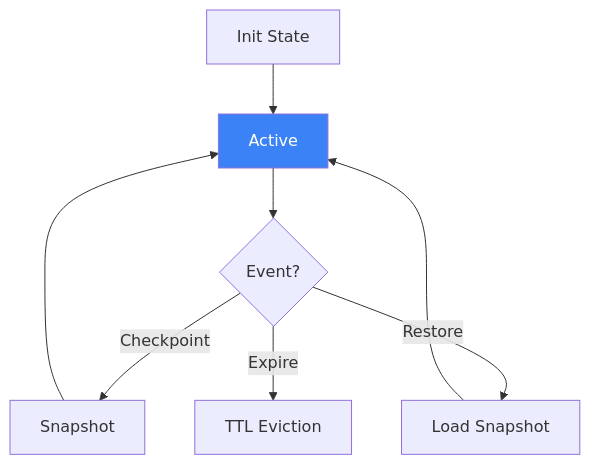
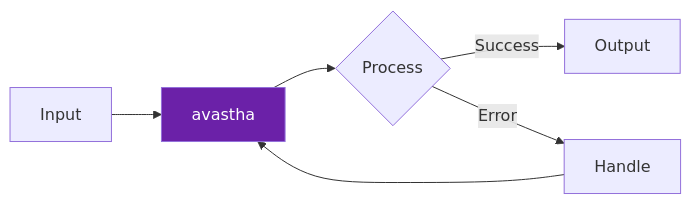
One commit to darshjme/agent-state changed the diagram in README.md. Above: the diagram before and after it, drawn with Mermaid. The commit also changed other lines of this file and 1 other file, not shown here.

First line of the commit message:
feat(vedic-v3): rename to avastha (अवस्था)

````diff
--- a/README.md
+++ b/README.md
@@ -48,11 +39,9 @@
 ```mermaid
-flowchart TD
-    A[Init State] --> B[Active]
-    B --> C{Event?}
-    C -- Checkpoint --> D[Snapshot]
-    C -- Restore --> E[Load Snapshot]
-    C -- Expire --> F[TTL Eviction]
-    D --> B
+flowchart LR
+    A[Input] --> B[avastha]
+    B --> C{Process}
+    C -- Success --> D[Output]
+    C -- Error --> E[Handle]
     E --> B
-    style B fill:#3b82f6,color:#fff
+    style B fill:#6b21a8,color:#fff
 ```
````
